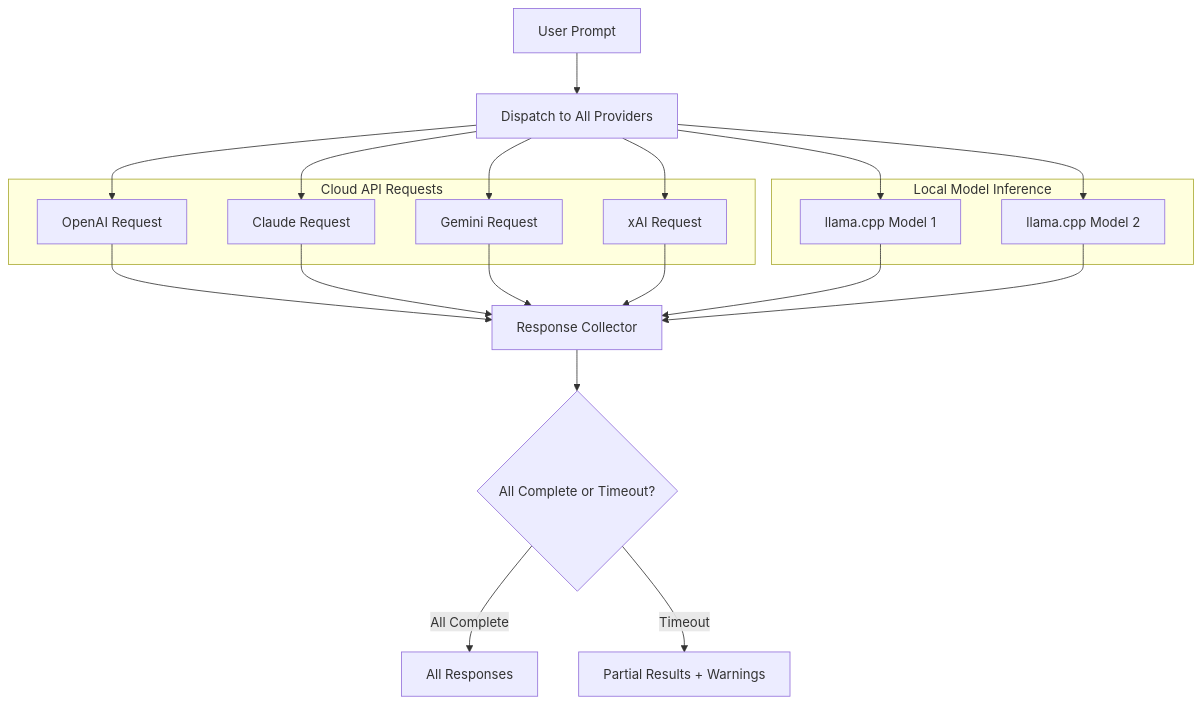
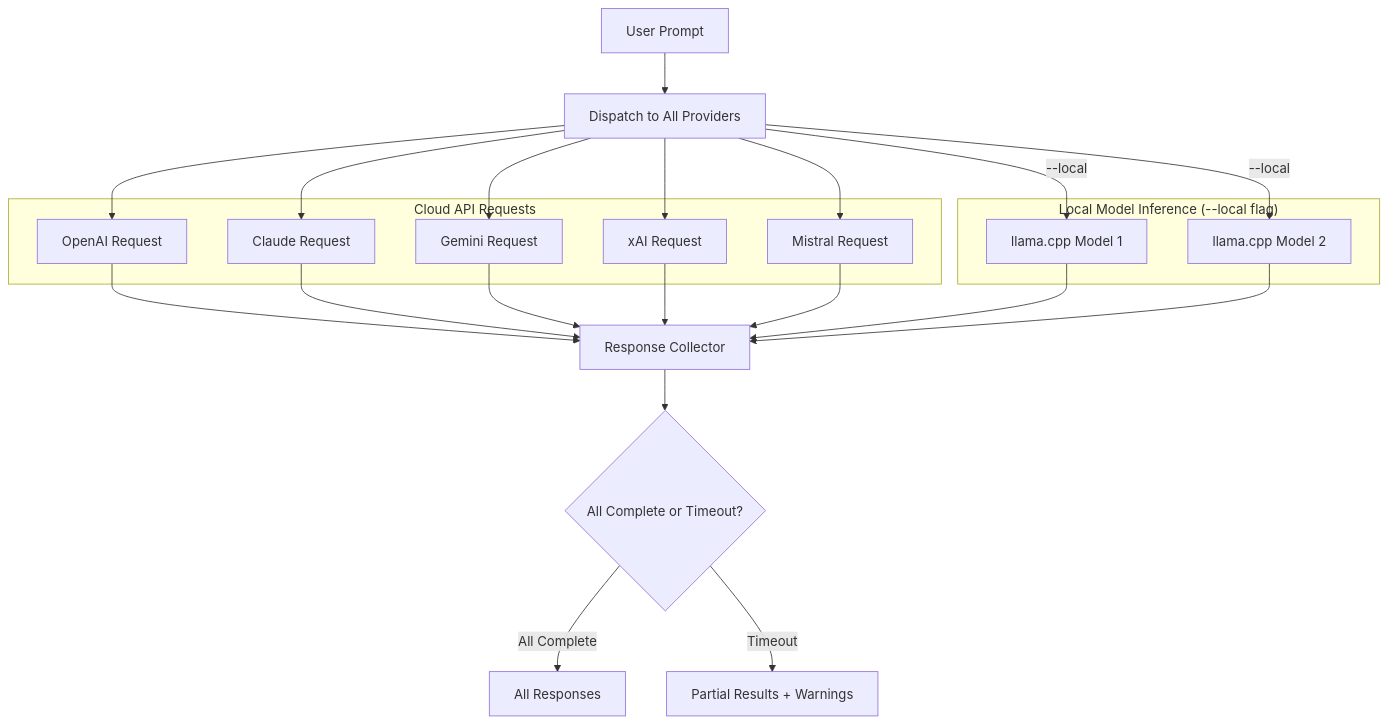
Diagram 12 of 14 in docs/PROVIDERS.md (rondilley/llm_compare), drawn with Mermaid before and after one commit. The commit also changed other lines of this file and 2 other files, not shown here.

````diff
--- a/docs/PROVIDERS.md
+++ b/docs/PROVIDERS.md
@@ -484,30 +531,32 @@
 ```mermaid
 flowchart TD
     PROMPT[User Prompt] --> DISPATCH[Dispatch to All Providers]
 
     subgraph Cloud["Cloud API Requests"]
         REQ1[OpenAI Request]
         REQ2[Claude Request]
         REQ3[Gemini Request]
         REQ4[xAI Request]
+        REQ5[Mistral Request]
     end
 
-    subgraph Local["Local Model Inference"]
-        REQ5[llama.cpp Model 1]
-        REQ6[llama.cpp Model 2]
+    subgraph Local["Local Model Inference (--local flag)"]
+        REQ6[llama.cpp Model 1]
+        REQ7[llama.cpp Model 2]
     end
 
-    DISPATCH --> REQ1 & REQ2 & REQ3 & REQ4
-    DISPATCH --> REQ5 & REQ6
+    DISPATCH --> REQ1 & REQ2 & REQ3 & REQ4 & REQ5
+    DISPATCH -->|--local| REQ6 & REQ7
 
     REQ1 --> COLLECT[Response Collector]
     REQ2 --> COLLECT
     REQ3 --> COLLECT
     REQ4 --> COLLECT
     REQ5 --> COLLECT
     REQ6 --> COLLECT
+    REQ7 --> COLLECT
 
     COLLECT --> TIMEOUT{All Complete or Timeout?}
     TIMEOUT -->|All Complete| SUCCESS[All Responses]
     TIMEOUT -->|Timeout| PARTIAL[Partial Results + Warnings]
 ```
````
